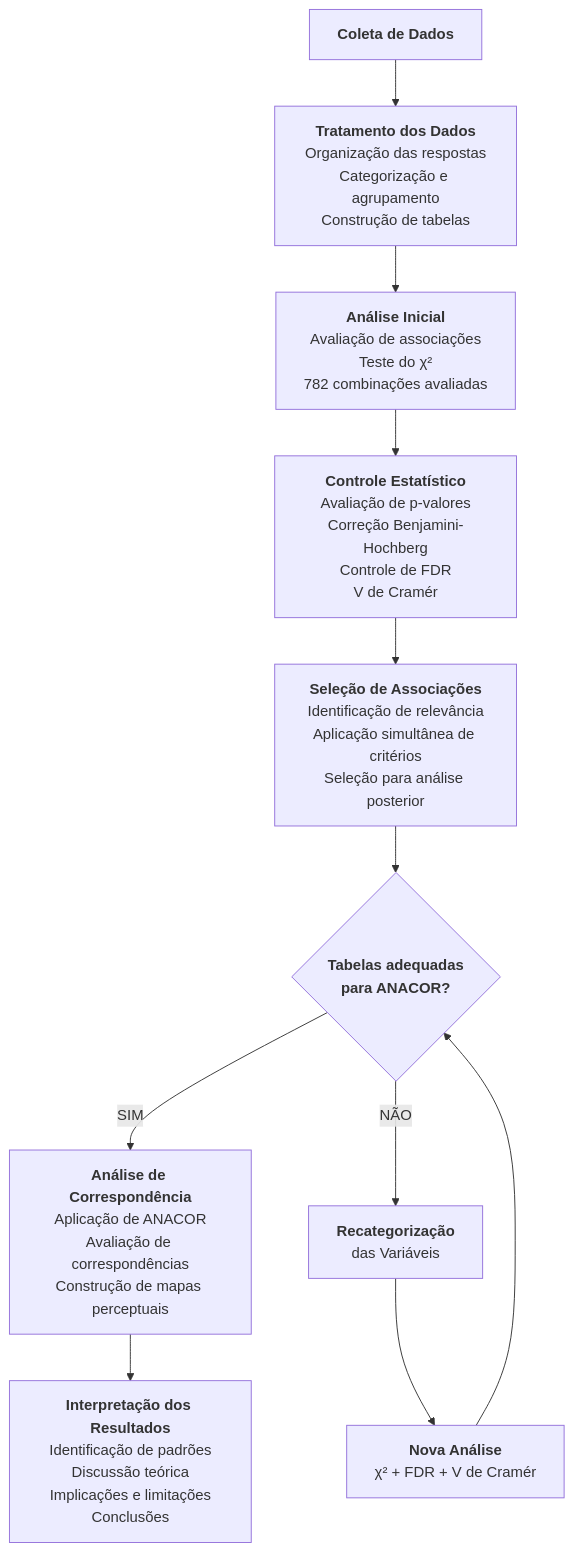
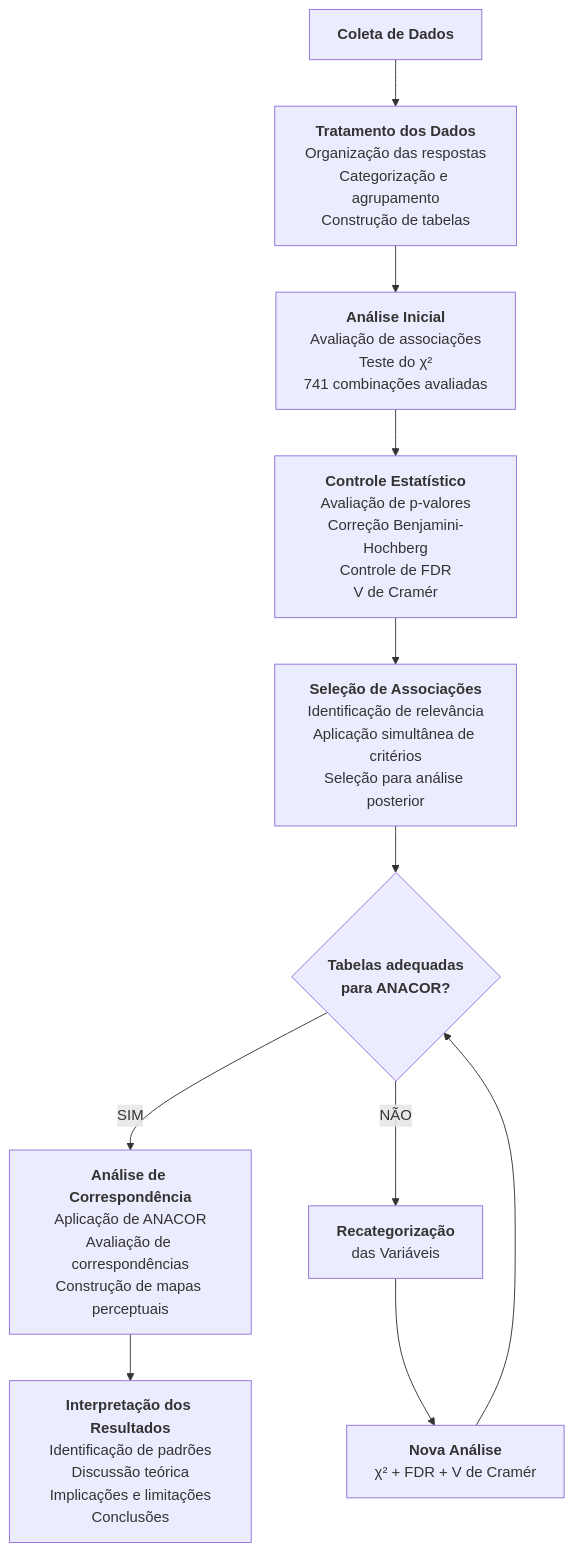
Before and after one commit to zgodapariz/mba-usp-anacor-data-foundations: the diagram in fluxograma_projeto_analise.mmd, drawn with Mermaid.

```diff
--- a/fluxograma_projeto_analise.mmd
+++ b/fluxograma_projeto_analise.mmd
@@ -1,15 +1,15 @@
 ---
 config:
   theme: redux
 ---
 flowchart TB
     A["<b>Coleta de Dados</b>"] --> B["<b>Tratamento dos Dados</b><br>Organização das respostas<br>Categorização e agrupamento<br>Construção de tabelas"]
-    B --> C["<b>Análise Inicial</b><br>Avaliação de associações<br>Teste do χ²<br>782 combinações avaliadas"]
+    B --> C["<b>Análise Inicial</b><br>Avaliação de associações<br>Teste do χ²<br>741 combinações avaliadas"]
     C --> D["<b>Controle Estatístico</b><br>Avaliação de p-valores<br>Correção Benjamini-Hochberg<br>Controle de FDR<br>V de Cramér"]
     D --> E["<b>Seleção de Associações</b><br>Identificação de relevância<br>Aplicação simultânea de critérios<br>Seleção para análise posterior"]
     E --> F{"<b>Tabelas adequadas<br>para ANACOR?</b>"}
     F -- SIM --> I["<b>Análise de Correspondência</b><br>Aplicação de ANACOR<br>Avaliação de correspondências<br>Construção de mapas perceptuais"]
     F -- NÃO --> G["<b>Recategorização</b><br>das Variáveis"]
     G --> H["<b>Nova Análise</b><br>χ² + FDR + V de Cramér"]
     H --> F
     I --> J["<b>Interpretação dos Resultados</b><br>Identificação de padrões<br>Discussão teórica<br>Implicações e limitações<br>Conclusões"]
```
